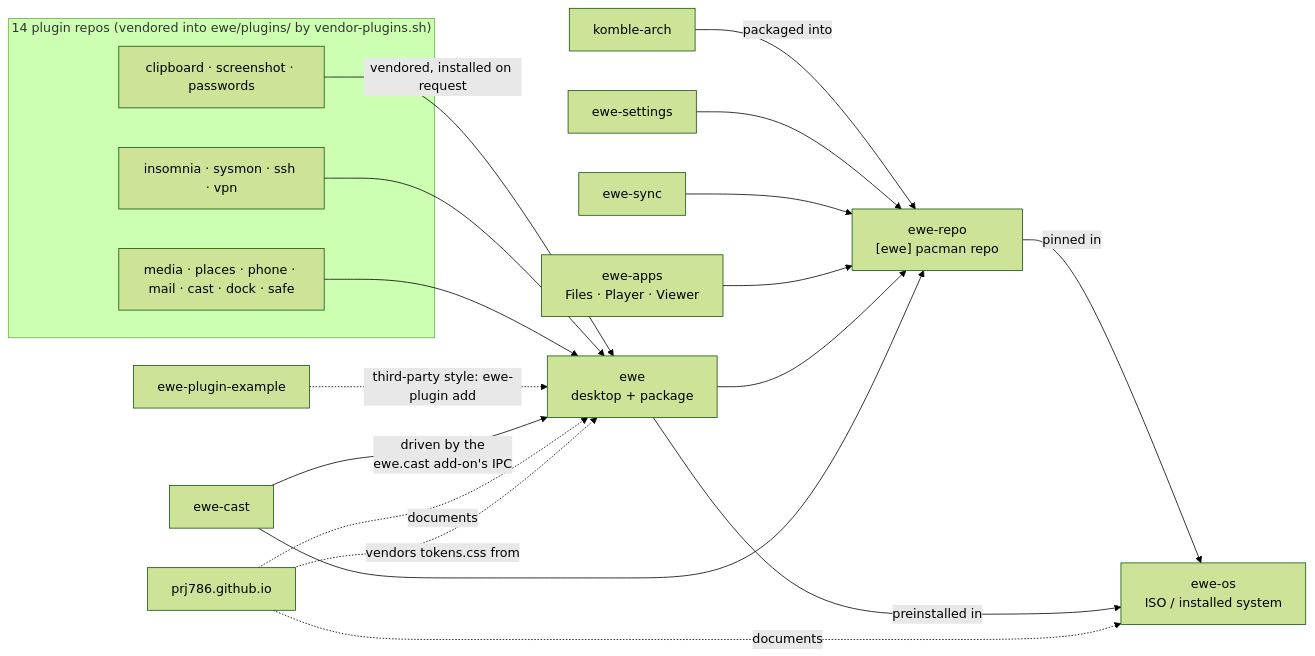
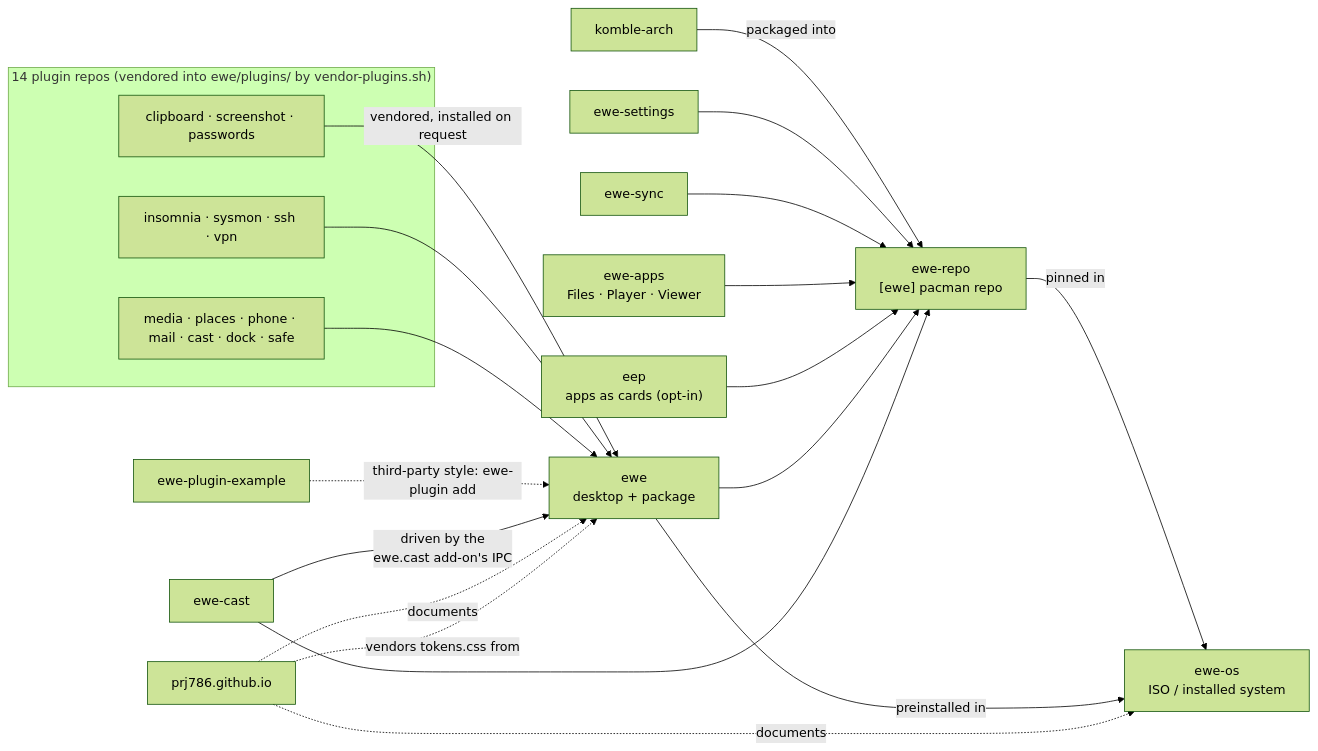
Before and after one commit to prj786/ewe-map: the diagram in 01-Overview/Repository Map.md, drawn with Mermaid (forest theme). The commit also changed other lines of this file and 12 other files, not shown here.

````diff
--- a/01-Overview/Repository Map.md
+++ b/01-Overview/Repository Map.md
@@ -51,30 +52,31 @@
 ```mermaid
 graph LR
     subgraph plugins["14 plugin repos (vendored into ewe/plugins/ by vendor-plugins.sh)"]
         P1["clipboard · screenshot · passwords"]
         P2["insomnia · sysmon · ssh · vpn"]
         P3["media · places · phone · mail · cast · dock · safe"]
     end
     P4["ewe-plugin-example"]
 
     P1 -->|"vendored, installed on request"| EWE["ewe<br/>desktop + package"]
     P2 --> EWE
     P3 --> EWE
     P4 -.->|"third-party style: ewe-plugin add"| EWE
 
     CAST["ewe-cast"] -->|"driven by the<br/>ewe.cast add-on's IPC"| EWE
 
     K["komble-arch"] -->|"packaged into"| REPO["ewe-repo<br/>[ewe] pacman repo"]
     S["ewe-settings"] --> REPO
     SY["ewe-sync"] --> REPO
     APPS["ewe-apps<br/>Files · Player · Viewer"] --> REPO
+    EEP["eep<br/>apps as cards (opt-in)"] --> REPO
     EWE --> REPO
     CAST --> REPO
 
     REPO -->|"pinned in"| OS["ewe-os<br/>ISO / installed system"]
     EWE -->|"preinstalled in"| OS
 
     WEB["prj786.github.io"] -.->|"documents"| OS
     WEB -.->|"documents"| EWE
     WEB -.->|"vendors tokens.css from"| EWE
 ```
````
